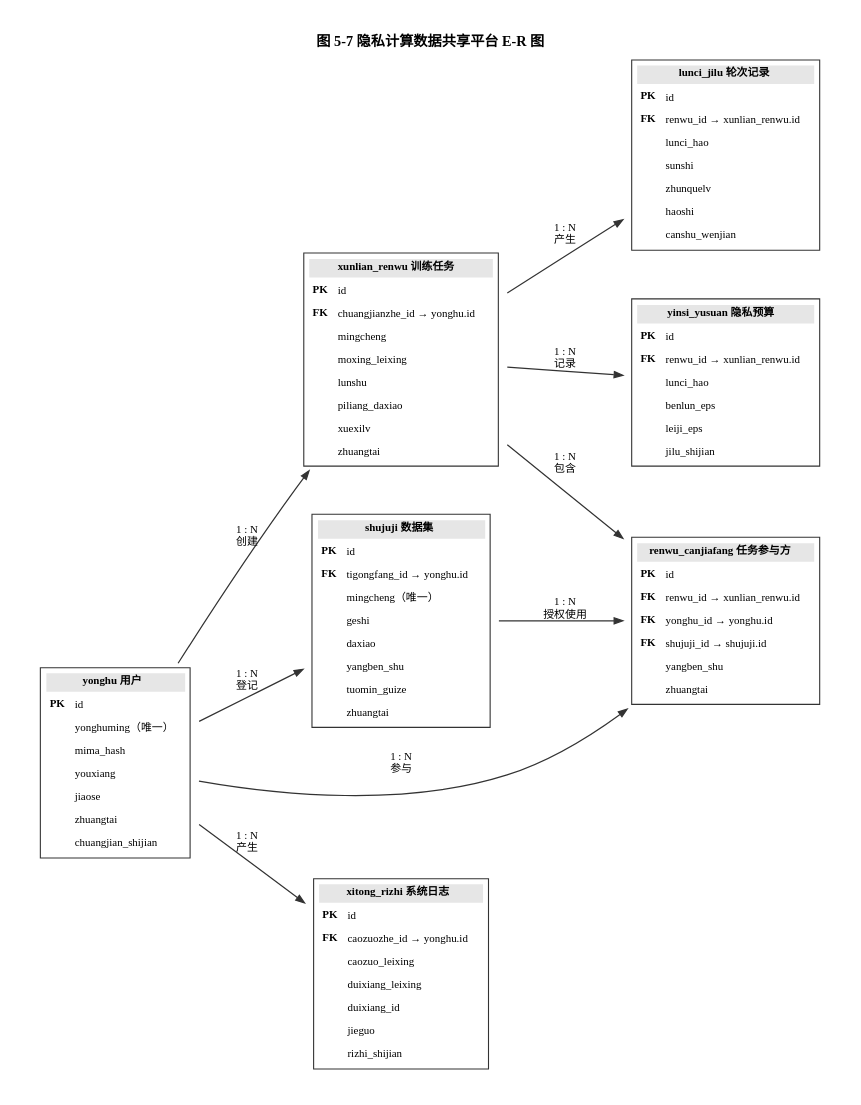
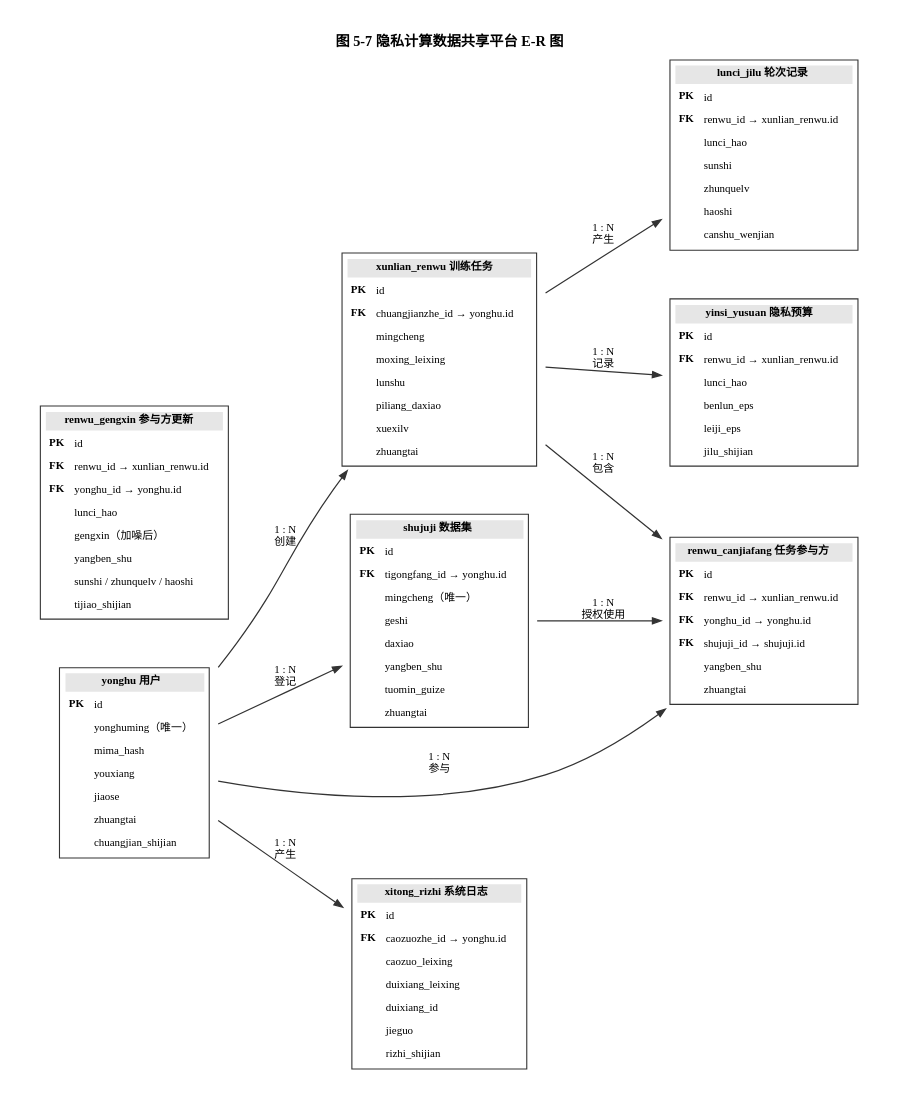
The diagram in Experiment5/uml/er_tu.dot (Alanxbr/SoftwareEngineering-Lab), drawn with Graphviz before and after one commit. The commit also changed 12 other files, not shown here.

Commit message:
docs(experiment2/4/5): 设计文档与图源同步实现

```diff
--- a/Experiment5/uml/er_tu.dot
+++ b/Experiment5/uml/er_tu.dot
@@ -1,101 +1,114 @@
 digraph er {
   graph [rankdir=LR, splines=spline, nodesep=0.5, ranksep=0.9,
          fontname="Microsoft YaHei", fontsize=13, pad=0.3, charset="UTF-8",
          label=<<B>图 5-7 隐私计算数据共享平台 E-R 图</B>>, labelloc=t, labeljust=c];
   node  [shape=plaintext, fontname="Microsoft YaHei", fontsize=10];
   edge  [fontname="Microsoft YaHei", fontsize=10, color="#333333", penwidth=1.1,
          arrowsize=0.8];
 
   yonghu [label=<
     <TABLE BORDER="1" CELLBORDER="0" CELLSPACING="4" CELLPADDING="3" COLOR="#333333">
       <TR><TD COLSPAN="2" BGCOLOR="#E6E6E6"><B>yonghu 用户</B></TD></TR>
       <TR><TD ALIGN="LEFT"><B>PK</B></TD><TD ALIGN="LEFT">id</TD></TR>
       <TR><TD></TD><TD ALIGN="LEFT">yonghuming（唯一）</TD></TR>
       <TR><TD></TD><TD ALIGN="LEFT">mima_hash</TD></TR>
       <TR><TD></TD><TD ALIGN="LEFT">youxiang</TD></TR>
       <TR><TD></TD><TD ALIGN="LEFT">jiaose</TD></TR>
       <TR><TD></TD><TD ALIGN="LEFT">zhuangtai</TD></TR>
       <TR><TD></TD><TD ALIGN="LEFT">chuangjian_shijian</TD></TR>
     </TABLE>>];
 
   shujuji [label=<
     <TABLE BORDER="1" CELLBORDER="0" CELLSPACING="4" CELLPADDING="3" COLOR="#333333">
       <TR><TD COLSPAN="2" BGCOLOR="#E6E6E6"><B>shujuji 数据集</B></TD></TR>
       <TR><TD ALIGN="LEFT"><B>PK</B></TD><TD ALIGN="LEFT">id</TD></TR>
       <TR><TD ALIGN="LEFT"><B>FK</B></TD><TD ALIGN="LEFT">tigongfang_id → yonghu.id</TD></TR>
       <TR><TD></TD><TD ALIGN="LEFT">mingcheng（唯一）</TD></TR>
       <TR><TD></TD><TD ALIGN="LEFT">geshi</TD></TR>
       <TR><TD></TD><TD ALIGN="LEFT">daxiao</TD></TR>
       <TR><TD></TD><TD ALIGN="LEFT">yangben_shu</TD></TR>
       <TR><TD></TD><TD ALIGN="LEFT">tuomin_guize</TD></TR>
       <TR><TD></TD><TD ALIGN="LEFT">zhuangtai</TD></TR>
     </TABLE>>];
 
   xunlian_renwu [label=<
     <TABLE BORDER="1" CELLBORDER="0" CELLSPACING="4" CELLPADDING="3" COLOR="#333333">
       <TR><TD COLSPAN="2" BGCOLOR="#E6E6E6"><B>xunlian_renwu 训练任务</B></TD></TR>
       <TR><TD ALIGN="LEFT"><B>PK</B></TD><TD ALIGN="LEFT">id</TD></TR>
       <TR><TD ALIGN="LEFT"><B>FK</B></TD><TD ALIGN="LEFT">chuangjianzhe_id → yonghu.id</TD></TR>
       <TR><TD></TD><TD ALIGN="LEFT">mingcheng</TD></TR>
       <TR><TD></TD><TD ALIGN="LEFT">moxing_leixing</TD></TR>
       <TR><TD></TD><TD ALIGN="LEFT">lunshu</TD></TR>
       <TR><TD></TD><TD ALIGN="LEFT">piliang_daxiao</TD></TR>
       <TR><TD></TD><TD ALIGN="LEFT">xuexilv</TD></TR>
       <TR><TD></TD><TD ALIGN="LEFT">zhuangtai</TD></TR>
     </TABLE>>];
 
   renwu_canjiafang [label=<
     <TABLE BORDER="1" CELLBORDER="0" CELLSPACING="4" CELLPADDING="3" COLOR="#333333">
       <TR><TD COLSPAN="2" BGCOLOR="#E6E6E6"><B>renwu_canjiafang 任务参与方</B></TD></TR>
       <TR><TD ALIGN="LEFT"><B>PK</B></TD><TD ALIGN="LEFT">id</TD></TR>
       <TR><TD ALIGN="LEFT"><B>FK</B></TD><TD ALIGN="LEFT">renwu_id → xunlian_renwu.id</TD></TR>
       <TR><TD ALIGN="LEFT"><B>FK</B></TD><TD ALIGN="LEFT">yonghu_id → yonghu.id</TD></TR>
       <TR><TD ALIGN="LEFT"><B>FK</B></TD><TD ALIGN="LEFT">shujuji_id → shujuji.id</TD></TR>
       <TR><TD></TD><TD ALIGN="LEFT">yangben_shu</TD></TR>
       <TR><TD></TD><TD ALIGN="LEFT">zhuangtai</TD></TR>
     </TABLE>>];
 
   lunci_jilu [label=<
     <TABLE BORDER="1" CELLBORDER="0" CELLSPACING="4" CELLPADDING="3" COLOR="#333333">
       <TR><TD COLSPAN="2" BGCOLOR="#E6E6E6"><B>lunci_jilu 轮次记录</B></TD></TR>
       <TR><TD ALIGN="LEFT"><B>PK</B></TD><TD ALIGN="LEFT">id</TD></TR>
       <TR><TD ALIGN="LEFT"><B>FK</B></TD><TD ALIGN="LEFT">renwu_id → xunlian_renwu.id</TD></TR>
       <TR><TD></TD><TD ALIGN="LEFT">lunci_hao</TD></TR>
       <TR><TD></TD><TD ALIGN="LEFT">sunshi</TD></TR>
       <TR><TD></TD><TD ALIGN="LEFT">zhunquelv</TD></TR>
       <TR><TD></TD><TD ALIGN="LEFT">haoshi</TD></TR>
       <TR><TD></TD><TD ALIGN="LEFT">canshu_wenjian</TD></TR>
     </TABLE>>];
 
   yinsi_yusuan [label=<
     <TABLE BORDER="1" CELLBORDER="0" CELLSPACING="4" CELLPADDING="3" COLOR="#333333">
       <TR><TD COLSPAN="2" BGCOLOR="#E6E6E6"><B>yinsi_yusuan 隐私预算</B></TD></TR>
       <TR><TD ALIGN="LEFT"><B>PK</B></TD><TD ALIGN="LEFT">id</TD></TR>
       <TR><TD ALIGN="LEFT"><B>FK</B></TD><TD ALIGN="LEFT">renwu_id → xunlian_renwu.id</TD></TR>
       <TR><TD></TD><TD ALIGN="LEFT">lunci_hao</TD></TR>
       <TR><TD></TD><TD ALIGN="LEFT">benlun_eps</TD></TR>
       <TR><TD></TD><TD ALIGN="LEFT">leiji_eps</TD></TR>
       <TR><TD></TD><TD ALIGN="LEFT">jilu_shijian</TD></TR>
     </TABLE>>];
 
+  renwu_gengxin [label=<
+    <TABLE BORDER="1" CELLBORDER="0" CELLSPACING="4" CELLPADDING="3" COLOR="#333333">
+      <TR><TD COLSPAN="2" BGCOLOR="#E6E6E6"><B>renwu_gengxin 参与方更新</B></TD></TR>
+      <TR><TD ALIGN="LEFT"><B>PK</B></TD><TD ALIGN="LEFT">id</TD></TR>
+      <TR><TD ALIGN="LEFT"><B>FK</B></TD><TD ALIGN="LEFT">renwu_id → xunlian_renwu.id</TD></TR>
+      <TR><TD ALIGN="LEFT"><B>FK</B></TD><TD ALIGN="LEFT">yonghu_id → yonghu.id</TD></TR>
+      <TR><TD></TD><TD ALIGN="LEFT">lunci_hao</TD></TR>
+      <TR><TD></TD><TD ALIGN="LEFT">gengxin（加噪后）</TD></TR>
+      <TR><TD></TD><TD ALIGN="LEFT">yangben_shu</TD></TR>
+      <TR><TD></TD><TD ALIGN="LEFT">sunshi / zhunquelv / haoshi</TD></TR>
+      <TR><TD></TD><TD ALIGN="LEFT">tijiao_shijian</TD></TR>
+    </TABLE>>];
+
   xitong_rizhi [label=<
     <TABLE BORDER="1" CELLBORDER="0" CELLSPACING="4" CELLPADDING="3" COLOR="#333333">
       <TR><TD COLSPAN="2" BGCOLOR="#E6E6E6"><B>xitong_rizhi 系统日志</B></TD></TR>
       <TR><TD ALIGN="LEFT"><B>PK</B></TD><TD ALIGN="LEFT">id</TD></TR>
       <TR><TD ALIGN="LEFT"><B>FK</B></TD><TD ALIGN="LEFT">caozuozhe_id → yonghu.id</TD></TR>
       <TR><TD></TD><TD ALIGN="LEFT">caozuo_leixing</TD></TR>
       <TR><TD></TD><TD ALIGN="LEFT">duixiang_leixing</TD></TR>
       <TR><TD></TD><TD ALIGN="LEFT">duixiang_id</TD></TR>
       <TR><TD></TD><TD ALIGN="LEFT">jieguo</TD></TR>
       <TR><TD></TD><TD ALIGN="LEFT">rizhi_shijian</TD></TR>
     </TABLE>>];
 
   yonghu -> shujuji [label="1 : N\n登记"];
   yonghu -> xunlian_renwu [label="1 : N\n创建"];
   yonghu -> renwu_canjiafang [label="1 : N\n参与"];
   shujuji -> renwu_canjiafang [label="1 : N\n授权使用"];
   xunlian_renwu -> renwu_canjiafang [label="1 : N\n包含"];
   xunlian_renwu -> lunci_jilu [label="1 : N\n产生"];
   xunlian_renwu -> yinsi_yusuan [label="1 : N\n记录"];
   yonghu -> xitong_rizhi [label="1 : N\n产生"];
 }
```
